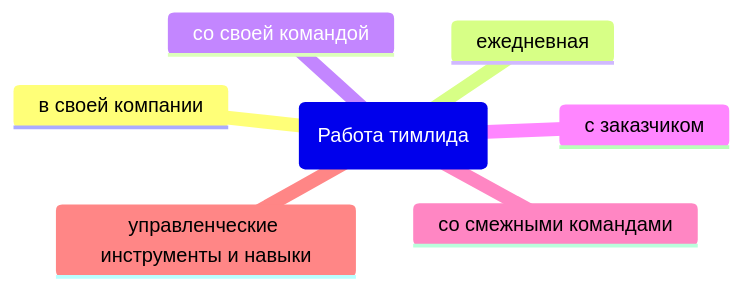
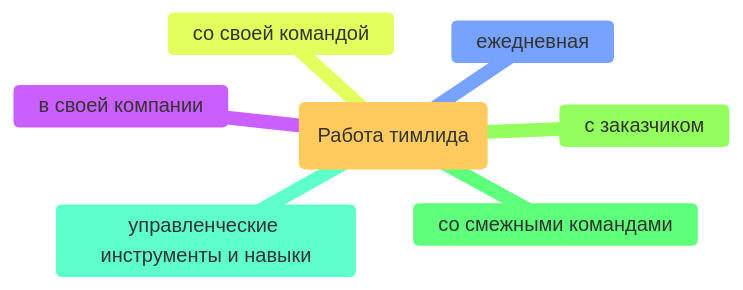
One commit to oinsio/teamlead-handbook changed the diagram in docs/Основные-обязанности-тимлида.md. Above: the diagram before and after it, drawn with Mermaid.

Commit message:
try to fix style for mermaid mindmap

````diff
--- a/docs/Основные-обязанности-тимлида.md
+++ b/docs/Основные-обязанности-тимлида.md
@@ -6,11 +6,11 @@
 ```mermaid
-%%{init: {'theme':'default'}}%%
+%%{init: {'theme':'base'}}%%
 mindmap
   root(Работа тимлида)
     в своей компании
     eжедневная
     со своей командой
     с заказчиком
     со смежными командами
     yправленческие инструменты и навыки
 ```
````
